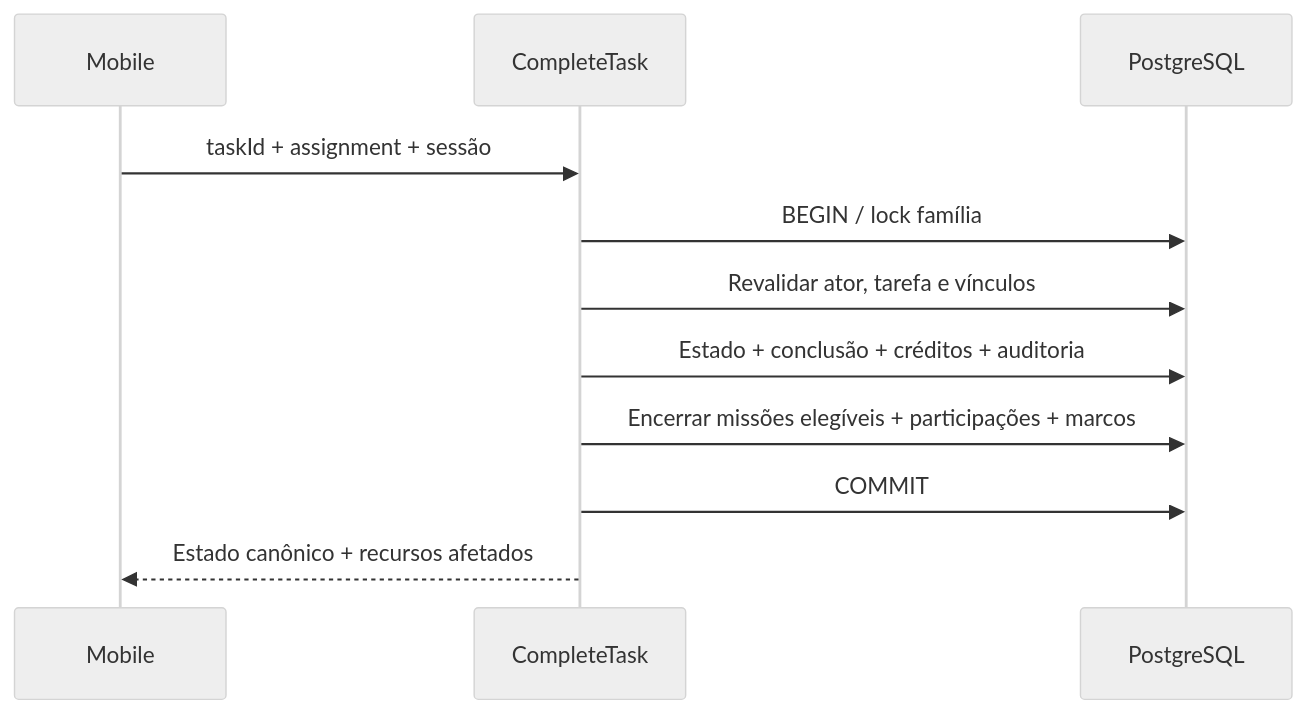
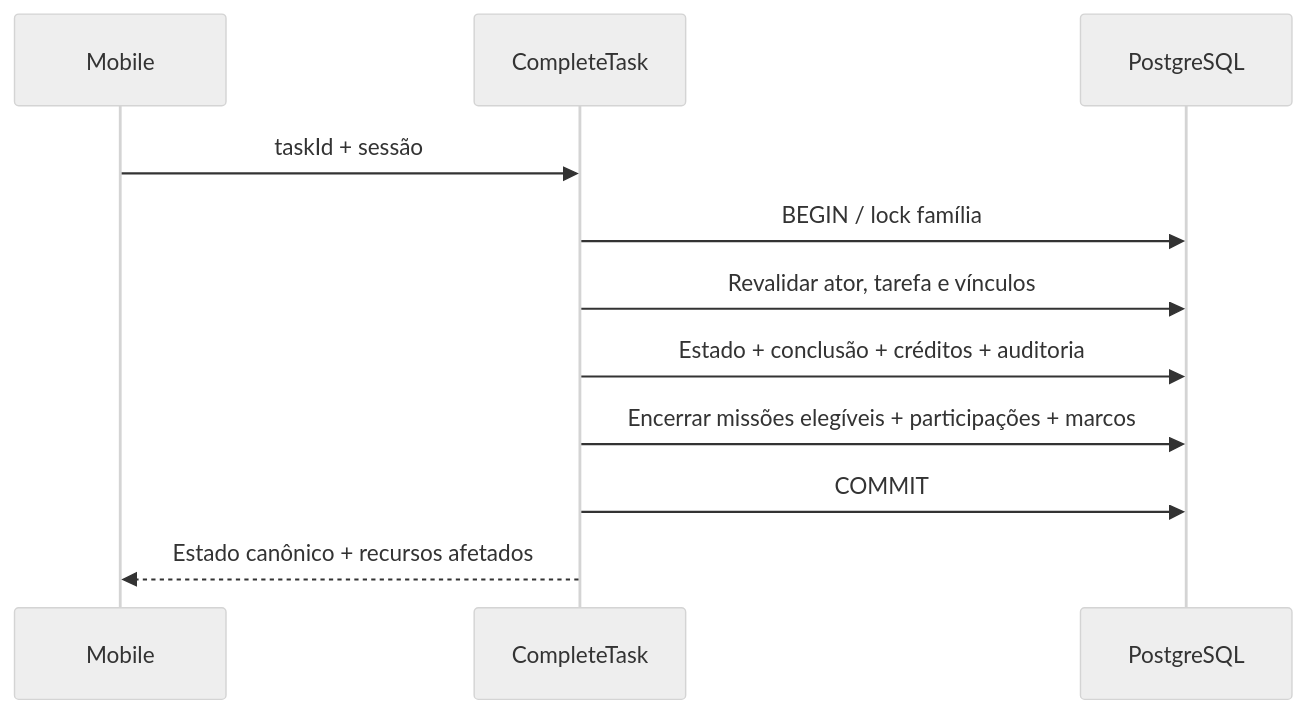
The third of 4 diagrams in docs/architecture/backend-architecture.md (lizandramalta/App-Rotina-Familiar), drawn with Mermaid (neutral theme) before and after one commit. The commit also changed other lines of this file and 15 other files, not shown here.

````diff
--- a/docs/architecture/backend-architecture.md
+++ b/docs/architecture/backend-architecture.md
@@ -281,13 +280,13 @@
 ```mermaid
 sequenceDiagram
     participant App as Mobile
     participant API as CompleteTask
     participant DB as PostgreSQL
-    App->>API: taskId + assignment + sessão
+    App->>API: taskId + sessão
     API->>DB: BEGIN / lock família
     API->>DB: Revalidar ator, tarefa e vínculos
     API->>DB: Estado + conclusão + créditos + auditoria
     API->>DB: Encerrar missões elegíveis + participações + marcos
     API->>DB: COMMIT
     API-->>App: Estado canônico + recursos afetados
 ```
````
